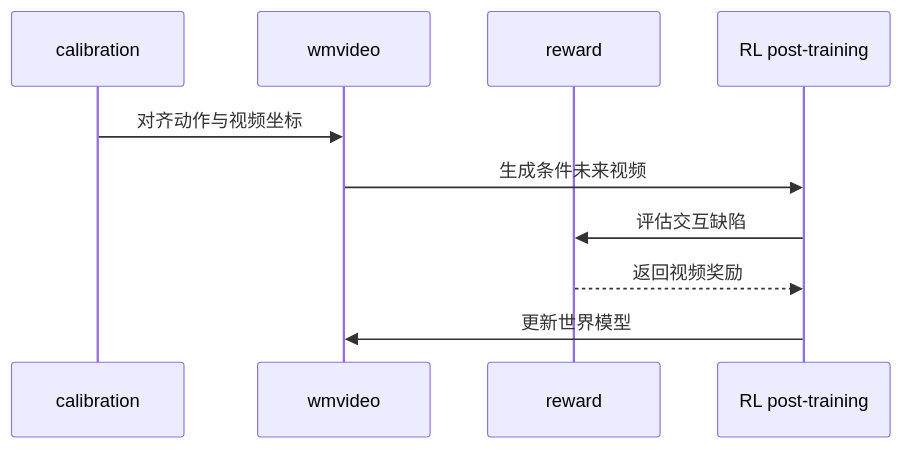
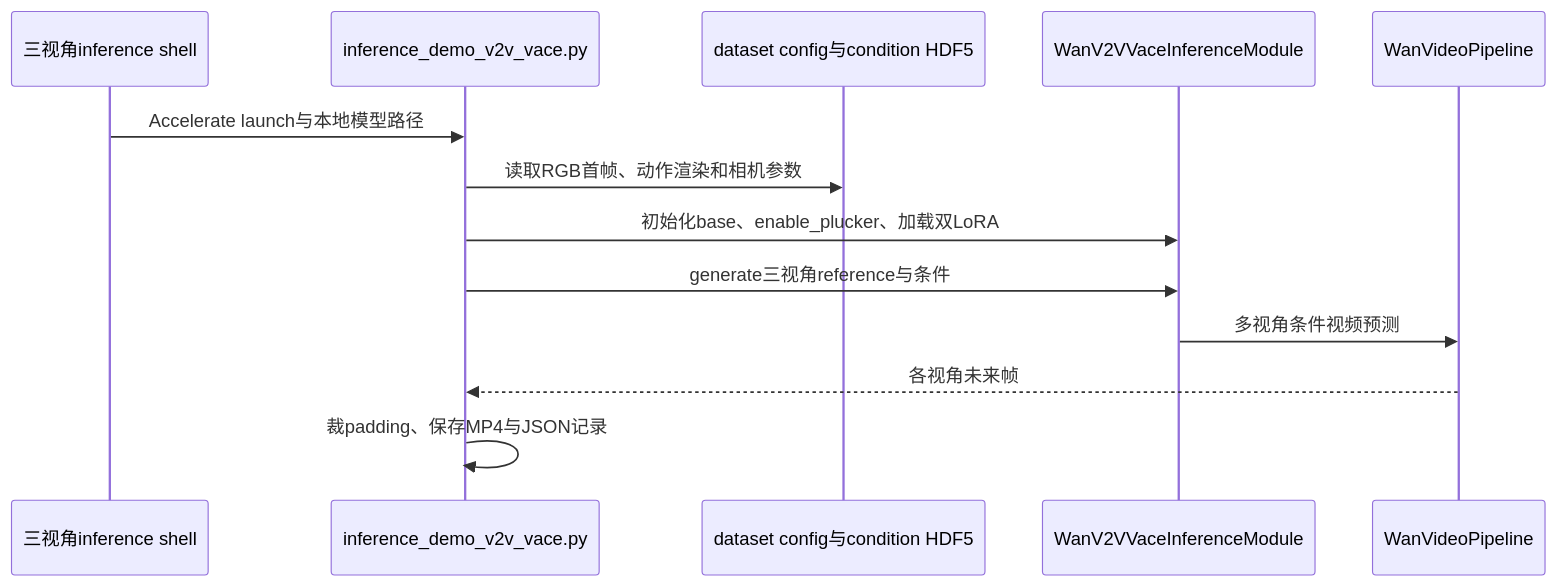
Before and after one commit to ImChong/Robotics_Notebooks: the second of 2 diagrams in wiki/entities/paper-dreamtrue-action-faithful-world-model.md, drawn with Mermaid. The commit also changed other lines of this file and 208 other files, not shown here.

Commit message:
[2026-11-14] ingest | roadmap/depth-wam.md — 补齐 WAM 全部节点原文证据与满分健康度

````diff
--- a/wiki/entities/paper-dreamtrue-action-faithful-world-model.md
+++ b/wiki/entities/paper-dreamtrue-action-faithful-world-model.md
@@ -73,12 +89,15 @@
 ```mermaid
 sequenceDiagram
-  participant C as calibration
-  participant W as wmvideo
-  participant R as reward
-  participant T as RL post-training
-  C->>W: 对齐动作与视频坐标
-  W->>T: 生成条件未来视频
-  T->>R: 评估交互缺陷
-  R-->>T: 返回视频奖励
-  T->>W: 更新世界模型
+  participant SH as 三视角inference shell
+  participant Demo as inference_demo_v2v_vace.py
+  participant Data as dataset config与condition HDF5
+  participant Model as WanV2VVaceInferenceModule
+  participant Pipe as WanVideoPipeline
+  SH->>Demo: Accelerate launch与本地模型路径
+  Demo->>Data: 读取RGB首帧、动作渲染和相机参数
+  Demo->>Model: 初始化base、enable_plucker、加载双LoRA
+  Demo->>Model: generate三视角reference与条件
+  Model->>Pipe: 多视角条件视频预测
+  Pipe-->>Demo: 各视角未来帧
+  Demo->>Demo: 裁padding、保存MP4与JSON记录
 ```
````
